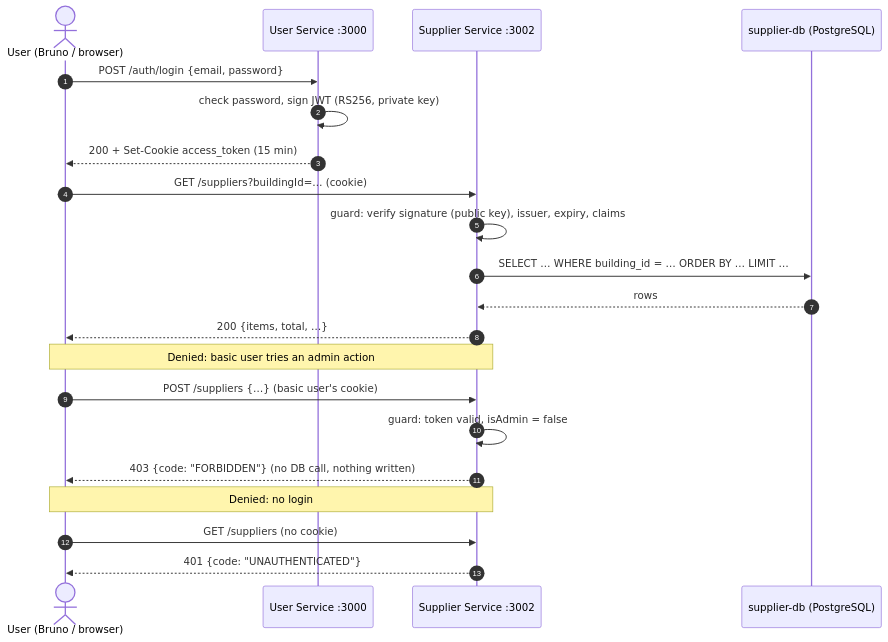
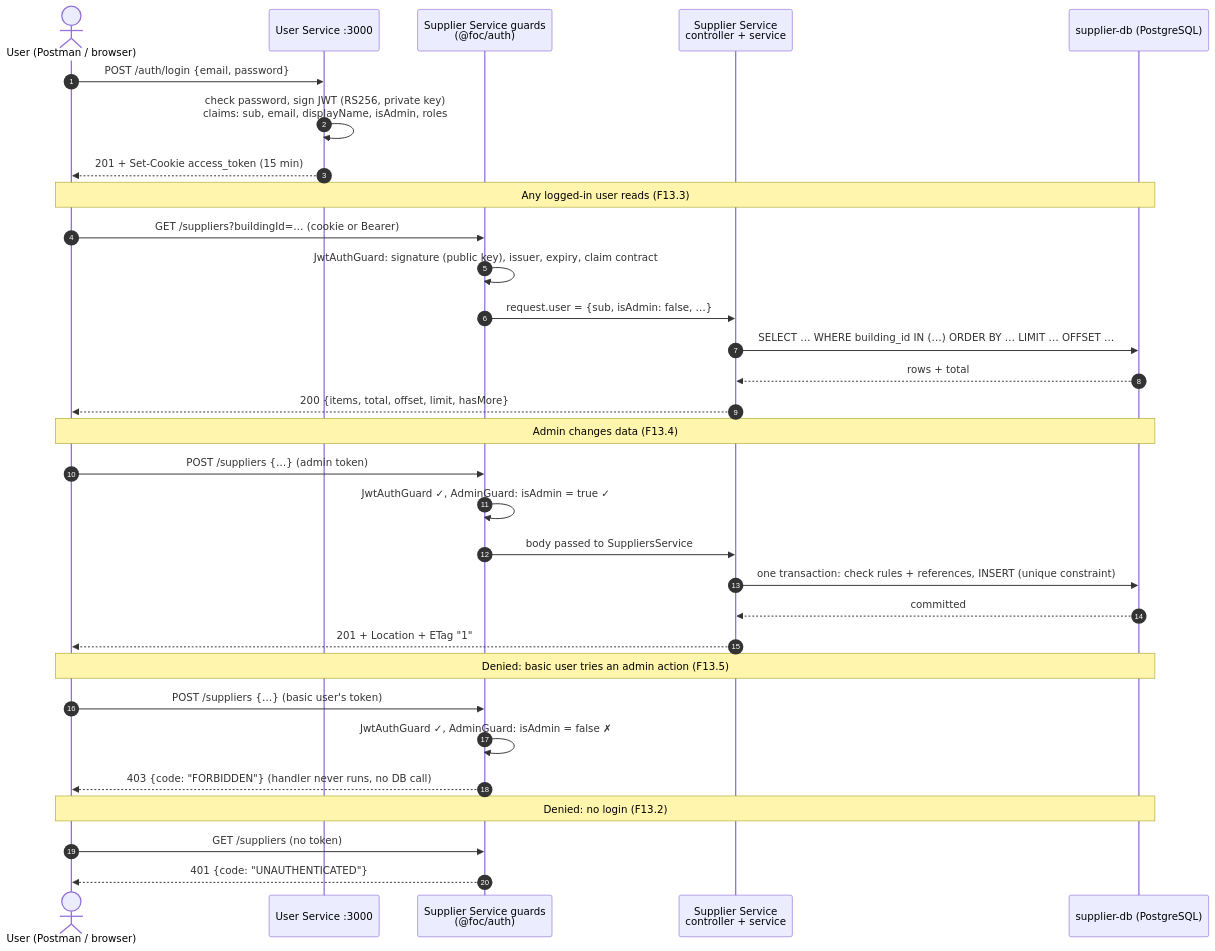
One commit to AY2627S1-CS3219-P27/FoC changed the second of 3 diagrams in supplier-service/README.md. Above: the diagram before and after it, drawn with Mermaid. The commit also changed other lines of this file, not shown here.

First line of the commit message:
Update README diagrams and demo script

````diff
--- a/supplier-service/README.md
+++ b/supplier-service/README.md
@@ -339,27 +341,38 @@
 ```mermaid
 sequenceDiagram
     autonumber
-    actor U as User (Bruno / browser)
+    actor U as User (Postman / browser)
     participant US as User Service :3000
-    participant SS as Supplier Service :3002
+    participant G as Supplier Service guards<br/>(@foc/auth)
+    participant SS as Supplier Service<br/>controller + service
     participant DB as supplier-db (PostgreSQL)
 
     U->>US: POST /auth/login {email, password}
-    US->>US: check password, sign JWT (RS256, private key)
-    US-->>U: 200 + Set-Cookie access_token (15 min)
+    US->>US: check password, sign JWT (RS256, private key)<br/>claims: sub, email, displayName, isAdmin, roles
+    US-->>U: 201 + Set-Cookie access_token (15 min)
 
-    U->>SS: GET /suppliers?buildingId=… (cookie)
-    SS->>SS: guard: verify signature (public key), issuer, expiry, claims
-    SS->>DB: SELECT … WHERE building_id = … ORDER BY … LIMIT …
-    DB-->>SS: rows
-    SS-->>U: 200 {items, total, …}
+    Note over U,DB: Any logged-in user reads (F13.3)
+    U->>G: GET /suppliers?buildingId=… (cookie or Bearer)
+    G->>G: JwtAuthGuard: signature (public key), issuer, expiry, claim contract
+    G->>SS: request.user = {sub, isAdmin: false, …}
+    SS->>DB: SELECT … WHERE building_id IN (…) ORDER BY … LIMIT … OFFSET …
+    DB-->>SS: rows + total
+    SS-->>U: 200 {items, total, offset, limit, hasMore}
 
-    Note over U,SS: Denied: basic user tries an admin action
-    U->>SS: POST /suppliers {…} (basic user's cookie)
-    SS->>SS: guard: token valid, isAdmin = false
-    SS-->>U: 403 {code: "FORBIDDEN"} (no DB call, nothing written)
+    Note over U,DB: Admin changes data (F13.4)
+    U->>G: POST /suppliers {…} (admin token)
+    G->>G: JwtAuthGuard ✓, AdminGuard: isAdmin = true ✓
+    G->>SS: body passed to SuppliersService
+    SS->>DB: one transaction: check rules + references, INSERT (unique constraint)
+    DB-->>SS: committed
+    SS-->>U: 201 + Location + ETag "1"
 
-    Note over U,SS: Denied: no login
-    U->>SS: GET /suppliers (no cookie)
-    SS-->>U: 401 {code: "UNAUTHENTICATED"}
+    Note over U,DB: Denied: basic user tries an admin action (F13.5)
+    U->>G: POST /suppliers {…} (basic user's token)
+    G->>G: JwtAuthGuard ✓, AdminGuard: isAdmin = false ✗
+    G-->>U: 403 {code: "FORBIDDEN"} (handler never runs, no DB call)
+
+    Note over U,DB: Denied: no login (F13.2)
+    U->>G: GET /suppliers (no token)
+    G-->>U: 401 {code: "UNAUTHENTICATED"}
 ```
````
